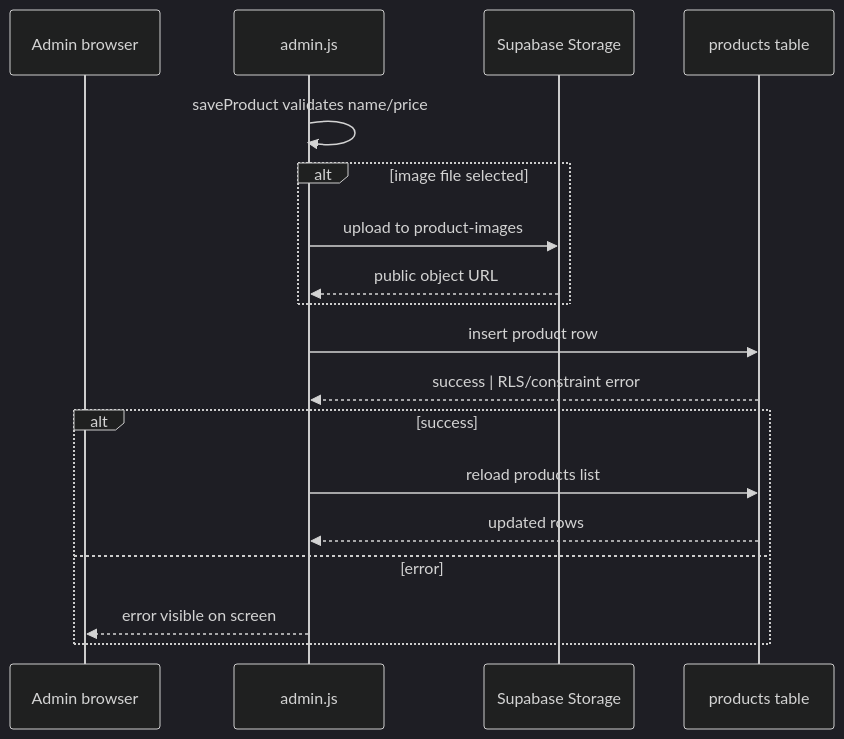
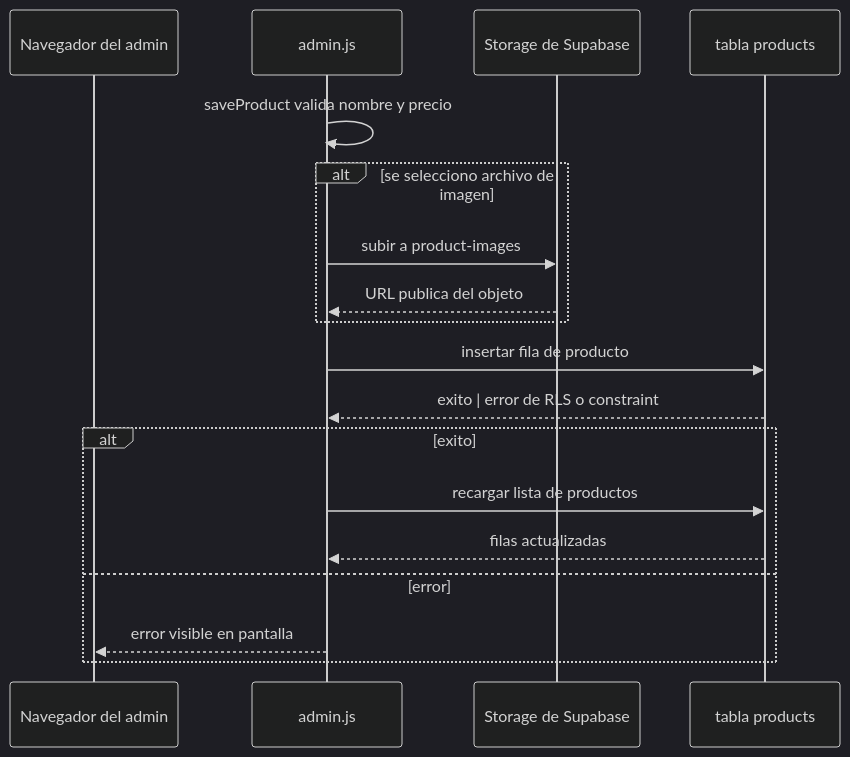
One commit to lacp130688-cpu/lasolutions-website changed the seventh of 7 diagrams in docs/diagrams.md. Above: the diagram before and after it, drawn with Mermaid (dark theme). The commit also changed other lines of this file, not shown here.

First line of the commit message:
docs: diagramas de arquitectura en espanol

````diff
--- a/docs/diagrams.md
+++ b/docs/diagrams.md
@@ -208,20 +208,20 @@
 ```mermaid
 sequenceDiagram
-  participant Admin as Admin browser
+  participant Admin as Navegador del admin
   participant P as admin.js
-  participant St as Supabase Storage
-  participant DB as products table
-  P->>P: saveProduct validates name/price
-  alt image file selected
-    P->>St: upload to product-images
-    St-->>P: public object URL
+  participant St as Storage de Supabase
+  participant DB as tabla products
+  P->>P: saveProduct valida nombre y precio
+  alt se selecciono archivo de imagen
+    P->>St: subir a product-images
+    St-->>P: URL publica del objeto
   end
-  P->>DB: insert product row
-  DB-->>P: success | RLS/constraint error
-  alt success
-    P->>DB: reload products list
-    DB-->>P: updated rows
+  P->>DB: insertar fila de producto
+  DB-->>P: exito | error de RLS o constraint
+  alt exito
+    P->>DB: recargar lista de productos
+    DB-->>P: filas actualizadas
   else error
-    P-->>Admin: error visible on screen
+    P-->>Admin: error visible en pantalla
   end
 ```
````
